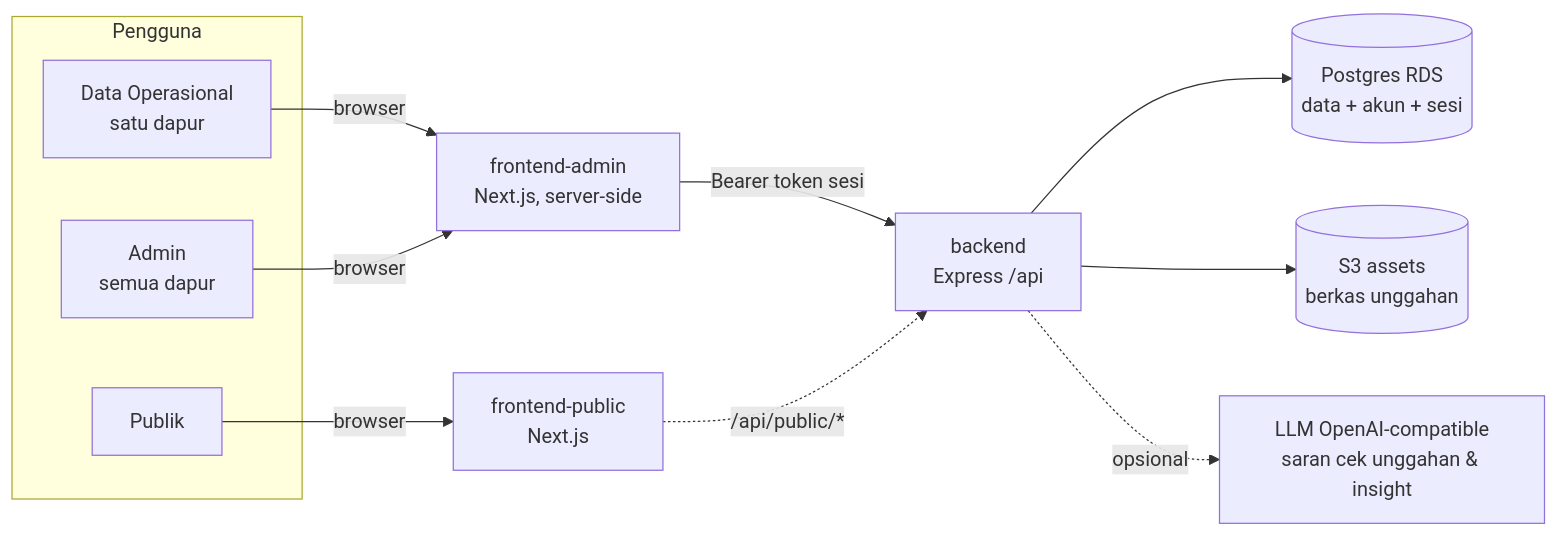
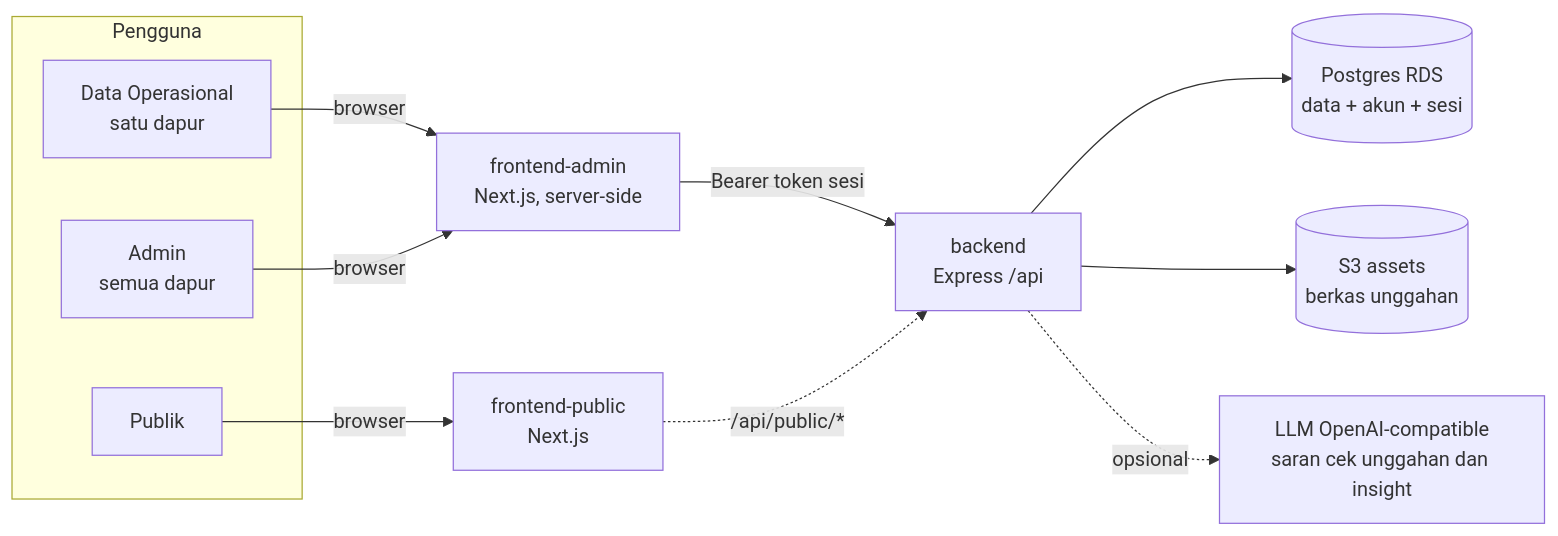
One commit to ibrahimpalamarta/SPPG-Dashboard changed the first of 4 diagrams in README.md. Above: the diagram before and after it, drawn with Mermaid. The commit also changed other lines of this file and 2 other files, not shown here.

Commit message:
turn off browser autofill on invite and forgot-password email, simplify README diagrams

````diff
--- a/README.md
+++ b/README.md
@@ -32,15 +32,15 @@
 ```mermaid
 flowchart LR
   subgraph Pengguna
-    DO[Data Operasional<br>satu dapur]
-    AD[Admin<br>semua dapur]
-    PB[Publik]
+    DO["Data Operasional<br>satu dapur"]
+    AD["Admin<br>semua dapur"]
+    PB["Publik"]
   end
-  DO & AD -->|browser| FA[frontend-admin<br>Next.js, server-side]
-  PB -->|browser| FP[frontend-public<br>Next.js]
-  FA -->|Bearer token sesi| BE[backend<br>Express /api]
-  FP -.->|/api/public/*| BE
-  BE --> PG[(Postgres RDS<br>data + akun + sesi)]
-  BE --> S3[(S3 assets<br>berkas unggahan)]
-  BE -.->|opsional| AI[LLM OpenAI-compatible<br>saran cek unggahan & insight]
+  DO & AD -->|"browser"| FA["frontend-admin<br>Next.js, server-side"]
+  PB -->|"browser"| FP["frontend-public<br>Next.js"]
+  FA -->|"Bearer token sesi"| BE["backend<br>Express /api"]
+  FP -.->|"/api/public/*"| BE
+  BE --> PG[("Postgres RDS<br>data + akun + sesi")]
+  BE --> S3[("S3 assets<br>berkas unggahan")]
+  BE -.->|"opsional"| AI["LLM OpenAI-compatible<br>saran cek unggahan dan insight"]
 ```
````
